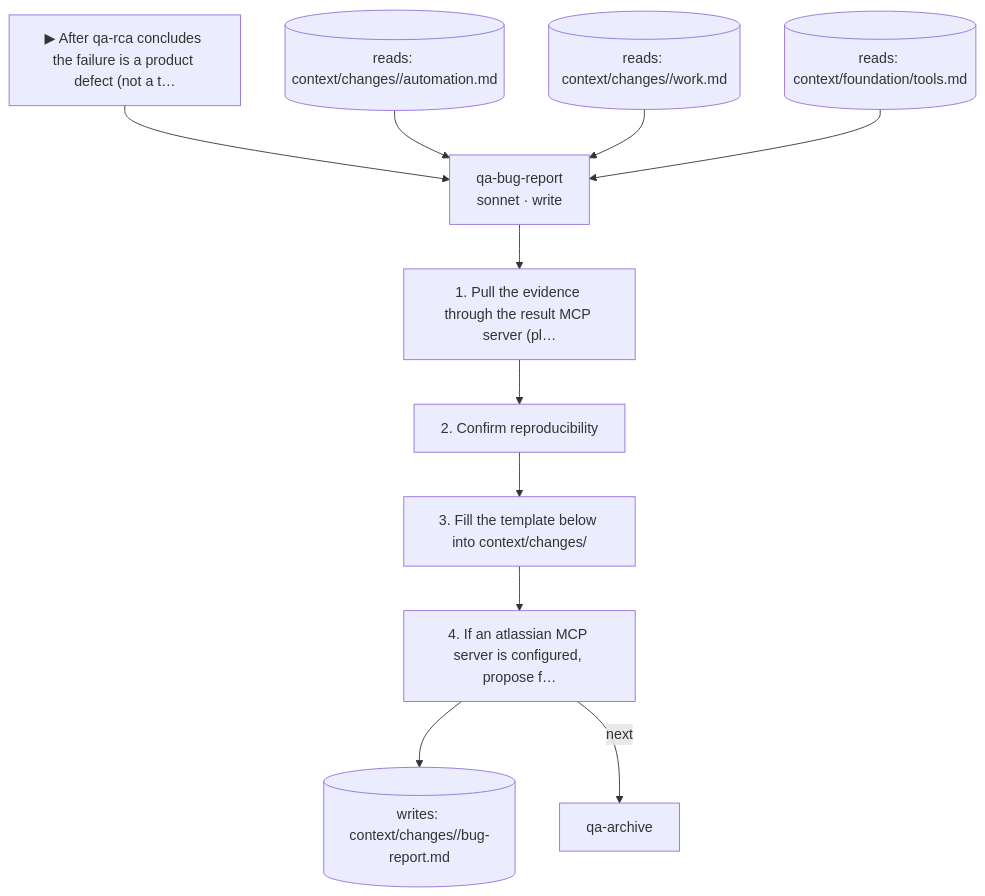
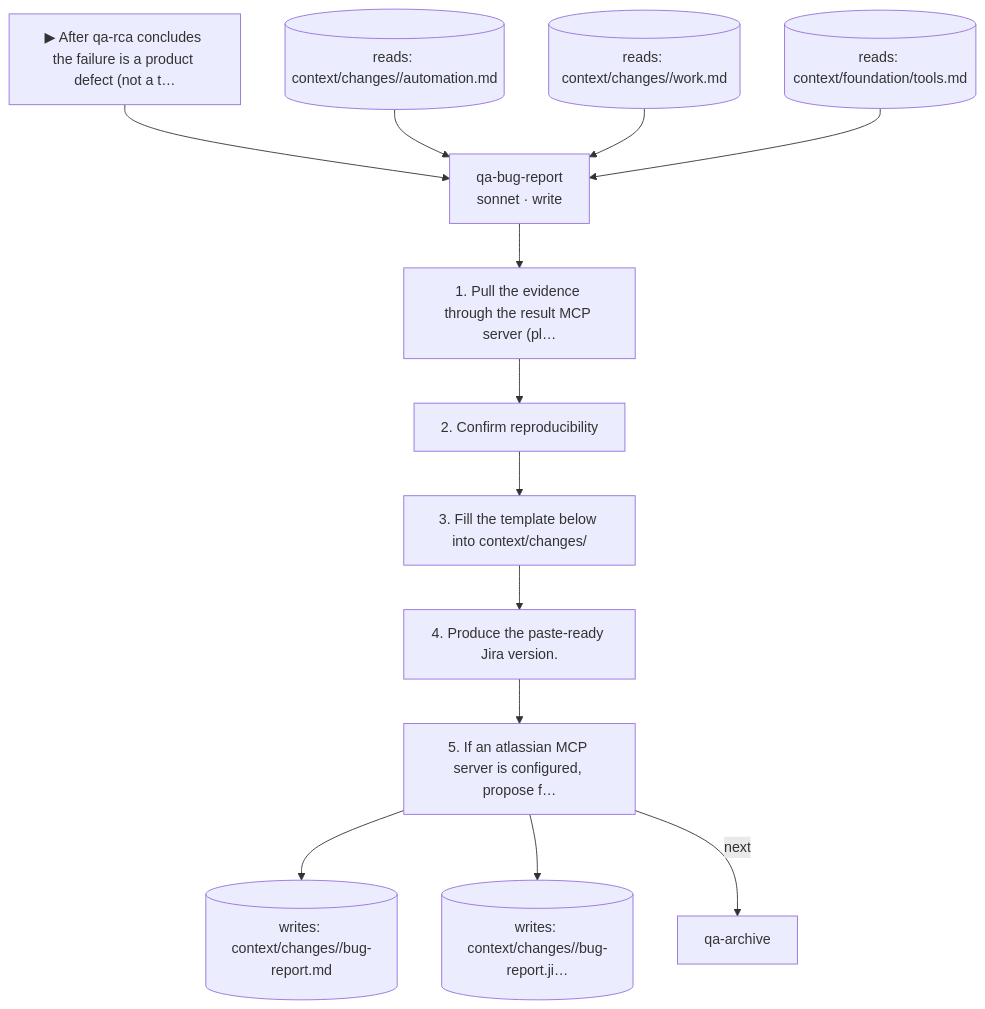
Before and after one commit to Assamir/ai-process-orchestration: diagram 24 of 25 in docs/skill-catalog.md, drawn with Mermaid. The commit also changed other lines of this file and 20 other files, not shown here.

````diff
--- a/docs/skill-catalog.md
+++ b/docs/skill-catalog.md
@@ -834,23 +852,27 @@
 ```mermaid
 flowchart TD
   trig["▶ After qa-rca concludes the failure is a product defect (not a t…"]
   qa_bug_report["qa-bug-report<br/>sonnet · write"]
   trig --> qa_bug_report
   r0[("reads: context/changes/<work-id>/automation.md")]
   r0 --> qa_bug_report
   r1[("reads: context/changes/<work-id>/work.md")]
   r1 --> qa_bug_report
   r2[("reads: context/foundation/tools.md")]
   r2 --> qa_bug_report
   s0["1. Pull the evidence through the result MCP server (pl…"]
   qa_bug_report --> s0
   s1["2. Confirm reproducibility"]
   s0 --> s1
   s2["3. Fill the template below into context/changes/<work-…"]
   s1 --> s2
-  s3["4. If an atlassian MCP server is configured, propose f…"]
+  s3["4. Produce the paste-ready Jira version."]
   s2 --> s3
+  s4["5. If an atlassian MCP server is configured, propose f…"]
+  s3 --> s4
   w0[("writes: context/changes/<work-id>/bug-report.md")]
-  s3 --> w0
-  s3 -->|next| qa_archive["qa-archive"]
+  s4 --> w0
+  w1[("writes: context/changes/<work-id>/bug-report.ji…")]
+  s4 --> w1
+  s4 -->|next| qa_archive["qa-archive"]
 ```
````
